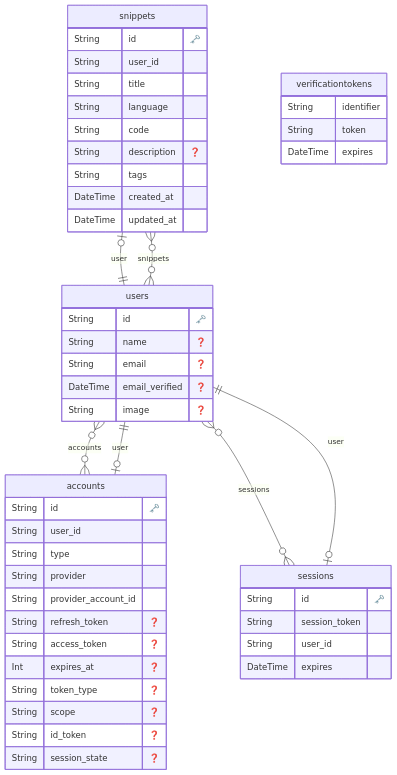
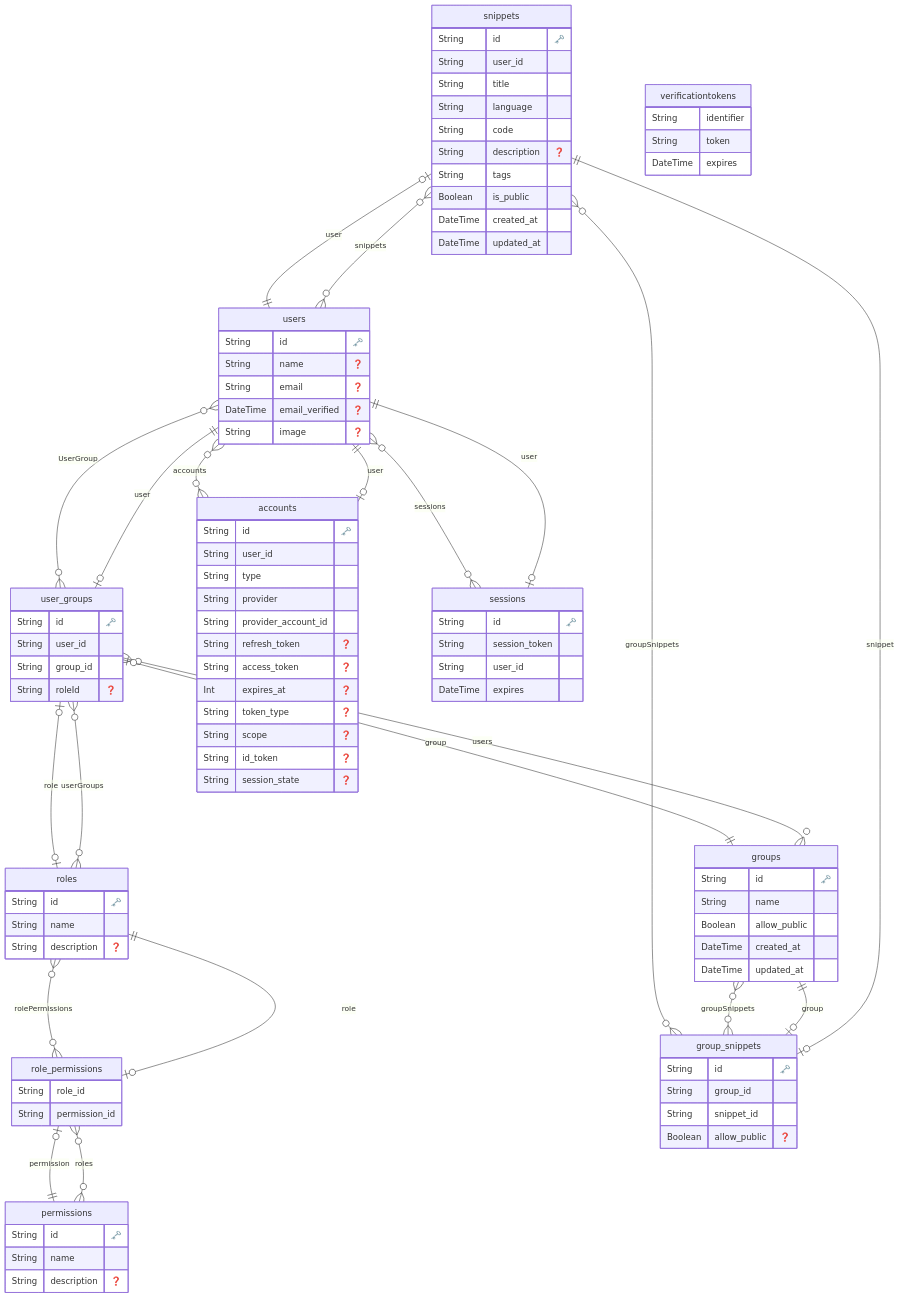
Before and after one commit to shunya-fug/code-cabinet: the diagram in docs/db/erd.md, drawn with Mermaid.

Commit message:
📝ER図更新

````diff
--- a/docs/db/erd.md
+++ b/docs/db/erd.md
@@ -3,23 +3,69 @@
 
   "snippets" {
     String id "🗝️"
-    String user_id
-    String title
-    String language
-    String code
+    String user_id 
+    String title 
+    String language 
+    String code 
     String description "❓"
-    String tags
-    DateTime created_at
-    DateTime updated_at
+    String tags 
+    Boolean is_public 
+    DateTime created_at 
+    DateTime updated_at 
     }
+  
 
+  "permissions" {
+    String id "🗝️"
+    String name 
+    String description "❓"
+    }
+  
+
+  "roles" {
+    String id "🗝️"
+    String name 
+    String description "❓"
+    }
+  
+
+  "role_permissions" {
+    String role_id 
+    String permission_id 
+    }
+  
+
+  "groups" {
+    String id "🗝️"
+    String name 
+    Boolean allow_public 
+    DateTime created_at 
+    DateTime updated_at 
+    }
+  
+
+  "user_groups" {
+    String id "🗝️"
+    String user_id 
+    String group_id 
+    String roleId "❓"
+    }
+  
+
+  "group_snippets" {
+    String id "🗝️"
+    String group_id 
+    String snippet_id 
+    Boolean allow_public "❓"
+    }
+  
 
   "accounts" {
     String id "🗝️"
-    String user_id
-    String type
-    String provider
-    String provider_account_id
+    String user_id 
+    String type 
+    String provider 
+    String provider_account_id 
     String refresh_token "❓"
     String access_token "❓"
     Int expires_at "❓"
@@ -28,15 +74,15 @@
     String id_token "❓"
     String session_state "❓"
     }
-
+  
 
   "sessions" {
     String id "🗝️"
-    String session_token
-    String user_id
-    DateTime expires
+    String session_token 
+    String user_id 
+    DateTime expires 
     }
-
+  
 
   "users" {
     String id "🗝️"
@@ -45,18 +91,32 @@
     DateTime email_verified "❓"
     String image "❓"
     }
-
+  
 
   "verificationtokens" {
-    String identifier
-    String token
-    DateTime expires
+    String identifier 
+    String token 
+    DateTime expires 
     }
-
+  
     "snippets" o|--|| "users" : "user"
+    "snippets" o{--}o "group_snippets" : "groupSnippets"
+    "permissions" o{--}o "role_permissions" : "roles"
+    "roles" o{--}o "user_groups" : "userGroups"
+    "roles" o{--}o "role_permissions" : "rolePermissions"
+    "role_permissions" o|--|| "roles" : "role"
+    "role_permissions" o|--|| "permissions" : "permission"
+    "groups" o{--}o "user_groups" : "users"
+    "groups" o{--}o "group_snippets" : "groupSnippets"
+    "user_groups" o|--|| "users" : "user"
+    "user_groups" o|--|| "groups" : "group"
+    "user_groups" o|--|o "roles" : "role"
+    "group_snippets" o|--|| "groups" : "group"
+    "group_snippets" o|--|| "snippets" : "snippet"
     "accounts" o|--|| "users" : "user"
     "sessions" o|--|| "users" : "user"
     "users" o{--}o "accounts" : "accounts"
     "users" o{--}o "sessions" : "sessions"
     "users" o{--}o "snippets" : "snippets"
+    "users" o{--}o "user_groups" : "UserGroup"
 ```
````
